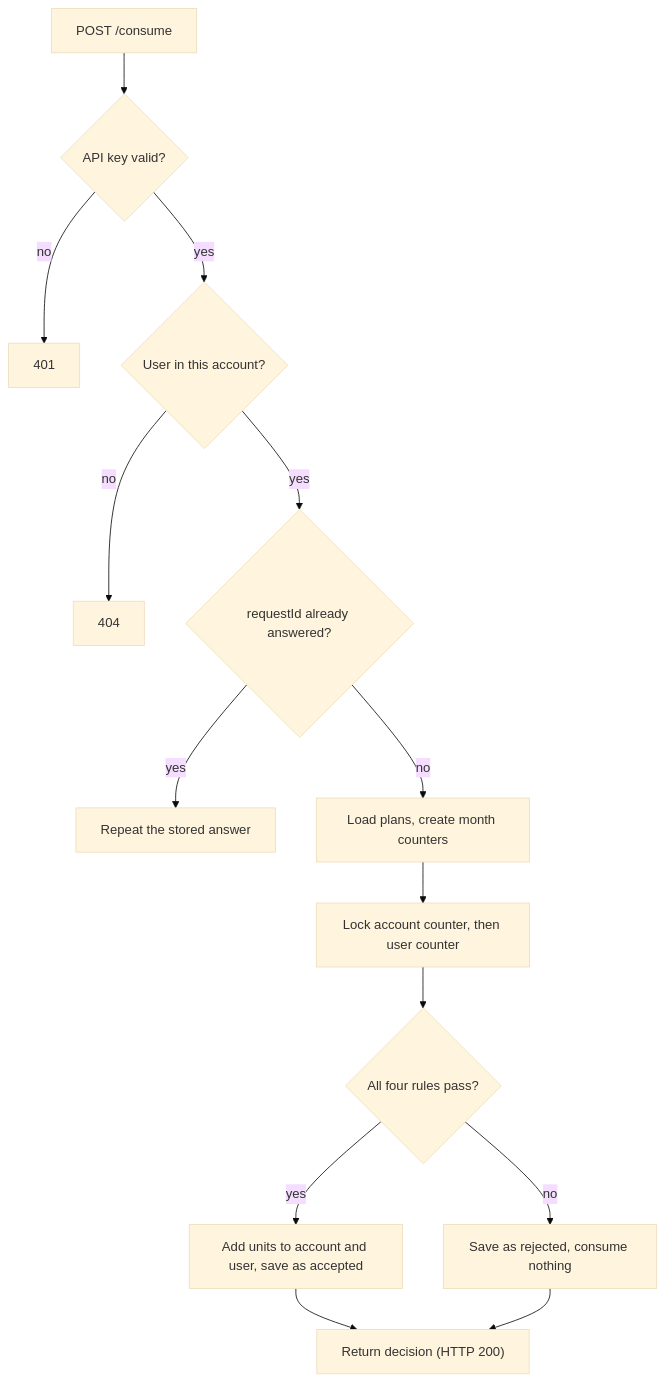
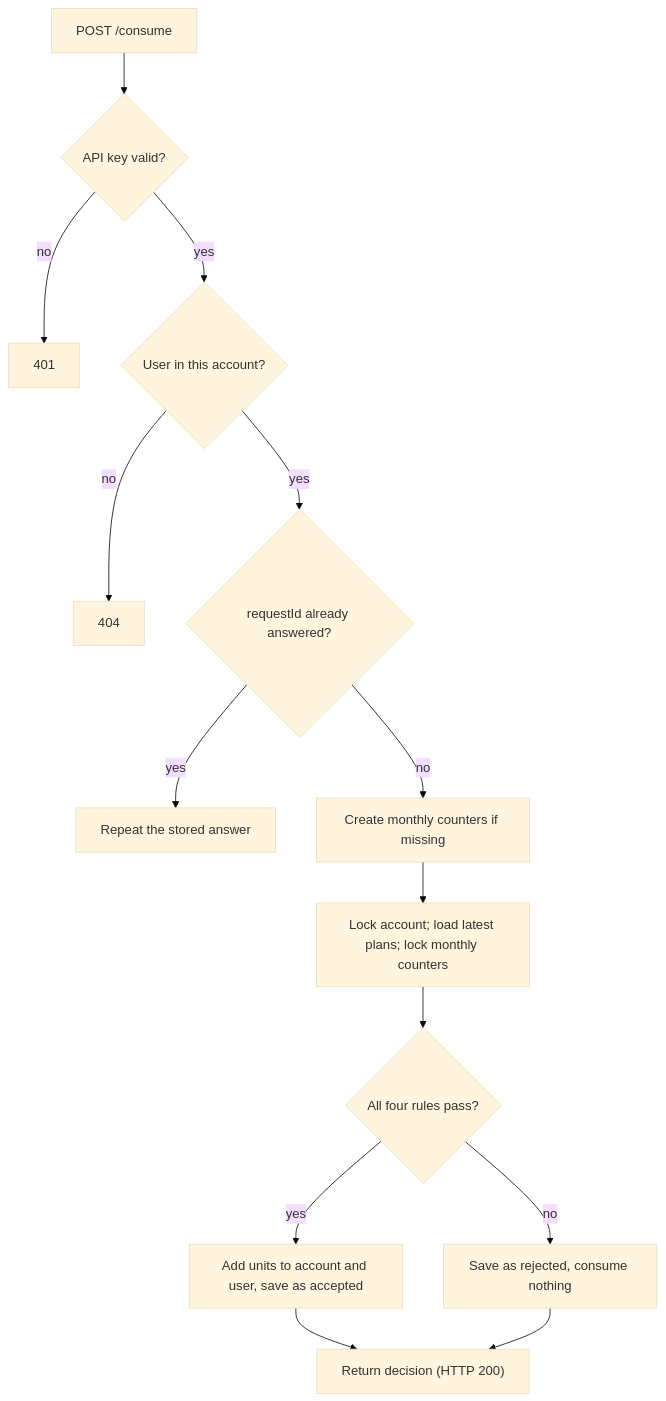
The second of 2 diagrams in README.md (talashilleh/usage-metering-service), drawn with Mermaid (base theme) before and after one commit. The commit also changed other lines of this file and 15 other files, not shown here.

````diff
--- a/README.md
+++ b/README.md
@@ -119,16 +119,16 @@
 ```mermaid
 flowchart TD
   A["POST /consume"] --> B{"API key valid?"}
   B -- no --> B1["401"]
   B -- yes --> C{"User in this account?"}
   C -- no --> C1["404"]
   C -- yes --> D{"requestId already answered?"}
   D -- yes --> D1["Repeat the stored answer"]
-  D -- no --> E["Load plans, create month counters"]
-  E --> F["Lock account counter, then user counter"]
+  D -- no --> E["Create monthly counters if missing"]
+  E --> F["Lock account; load latest plans; lock monthly counters"]
   F --> G{"All four rules pass?"}
   G -- yes --> H["Add units to account and user, save as accepted"]
   G -- no --> I["Save as rejected, consume nothing"]
   H --> J["Return decision (HTTP 200)"]
   I --> J
 ```
````
